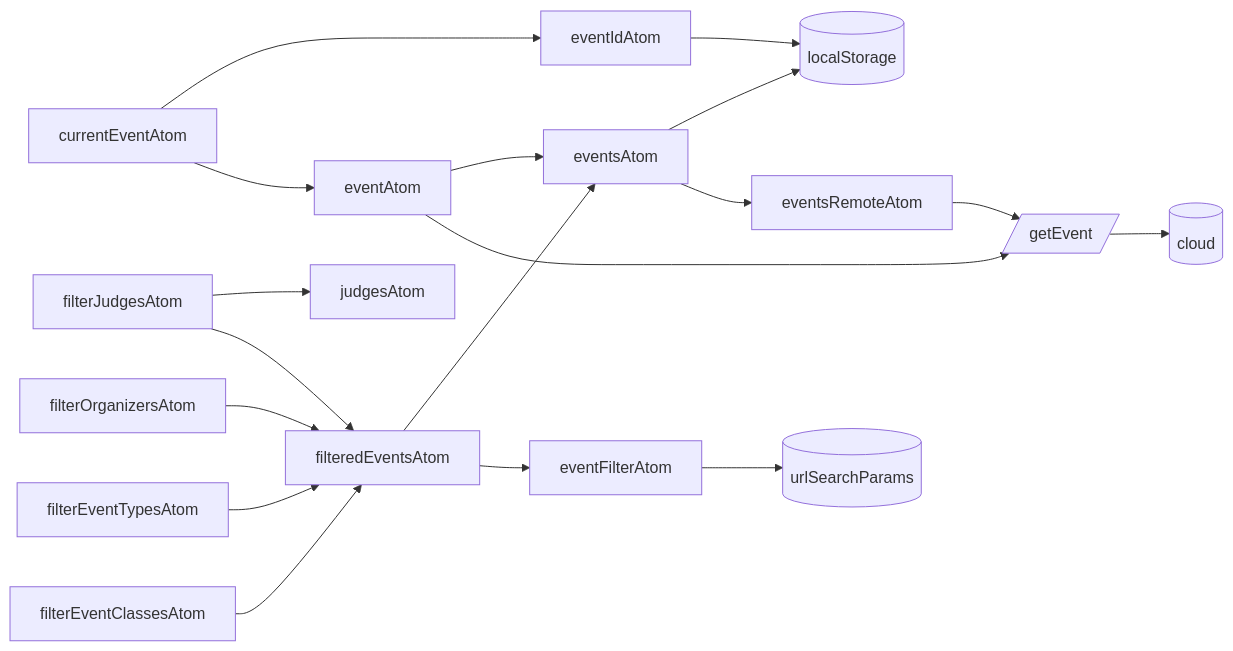
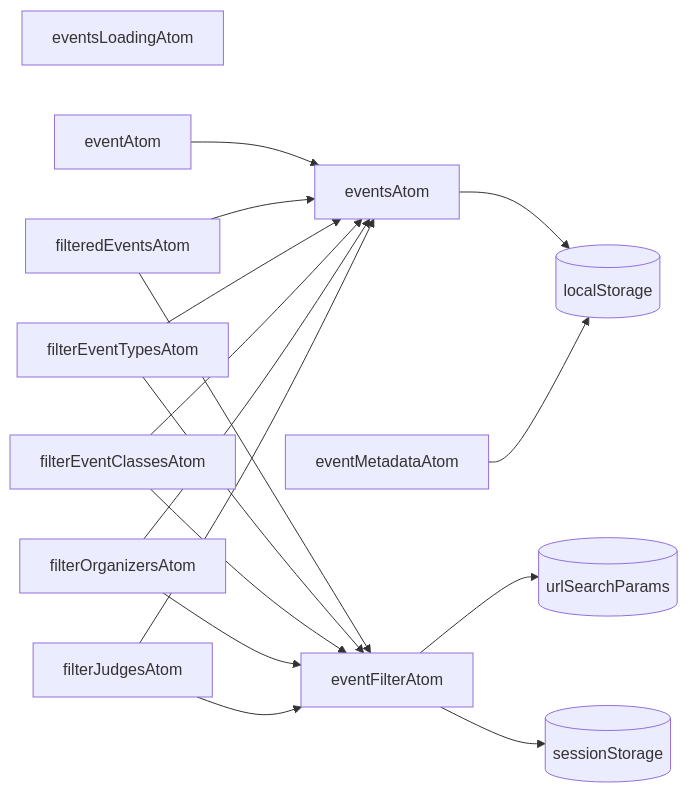
The third of 7 diagrams in src/pages/state/README.md (koekalenteri/koekalenteri), drawn with Mermaid before and after one commit. The commit also changed other lines of this file and 1 other file, not shown here.

First line of the commit message:
docs(state): document every state atom in the state READMEs

````diff
--- a/src/pages/state/README.md
+++ b/src/pages/state/README.md
@@ -7,25 +46,26 @@
 ```mermaid
 graph LR
-  eventIdAtom-->localStorage
   eventsAtom-->localStorage
-  eventsAtom-->eventsRemoteAtom
+  eventMetadataAtom-->localStorage
+  eventsLoadingAtom
   eventFilterAtom-->urlSearchParams
+  eventFilterAtom-->sessionStorage
 
-  eventsRemoteAtom-->getEvent[/getEvent/]-->aws
   localStorage[(localStorage)]
+  sessionStorage[(sessionStorage)]
   urlSearchParams[(urlSearchParams)]
 
   eventAtom-->eventsAtom
-  eventAtom-->getEvent
-  currentEventAtom-->eventIdAtom
-  currentEventAtom-->eventAtom
+
   filteredEventsAtom-->eventsAtom
   filteredEventsAtom-->eventFilterAtom
-  filterJudgesAtom-->judgesAtom
-  filterJudgesAtom-->filteredEventsAtom
-  filterOrganizersAtom-->filteredEventsAtom
-  filterEventTypesAtom-->filteredEventsAtom
-  filterEventClassesAtom-->filteredEventsAtom
 
-  aws[(cloud)]
+  filterEventTypesAtom-->eventsAtom
+  filterEventTypesAtom-->eventFilterAtom
+  filterEventClassesAtom-->eventsAtom
+  filterEventClassesAtom-->eventFilterAtom
+  filterOrganizersAtom-->eventsAtom
+  filterOrganizersAtom-->eventFilterAtom
+  filterJudgesAtom-->eventsAtom
+  filterJudgesAtom-->eventFilterAtom
 ```
````
